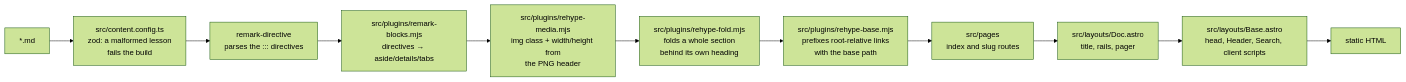
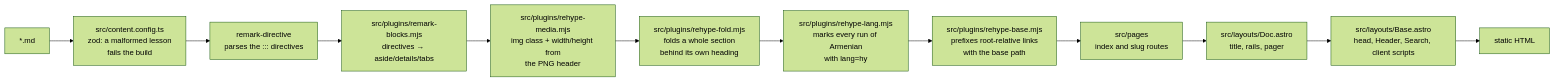
The second of 4 diagrams in ARCHITECTURE.md (ivan-stetsiuk/armenian-knowledgebase), drawn with Mermaid (forest theme) before and after one commit. The commit also changed other lines of this file and 13 other files, not shown here.

````diff
--- a/ARCHITECTURE.md
+++ b/ARCHITECTURE.md
@@ -58,13 +58,14 @@
 ```mermaid
 flowchart LR
     fm["*.md"] --> schema["src/content.config.ts<br/>zod: a malformed lesson<br/>fails the build"]
     schema --> rd["remark-directive<br/>parses the ::: directives"]
     rd --> rb["src/plugins/remark-blocks.mjs<br/>directives → aside/details/tabs"]
     rb --> rm["src/plugins/rehype-media.mjs<br/>img class + width/height from<br/>the PNG header"]
     rm --> rfold["src/plugins/rehype-fold.mjs<br/>folds a whole section<br/>behind its own heading"]
-    rfold --> rbase["src/plugins/rehype-base.mjs<br/>prefixes root-relative links<br/>with the base path"]
+    rfold --> rlang["src/plugins/rehype-lang.mjs<br/>marks every run of Armenian<br/>with lang=hy"]
+    rlang --> rbase["src/plugins/rehype-base.mjs<br/>prefixes root-relative links<br/>with the base path"]
     rbase --> page["src/pages<br/>index and slug routes"]
     page --> doc["src/layouts/Doc.astro<br/>title, rails, pager"]
     doc --> base["src/layouts/Base.astro<br/>head, Header, Search, client scripts"]
     base --> html["static HTML"]
 ```
````
